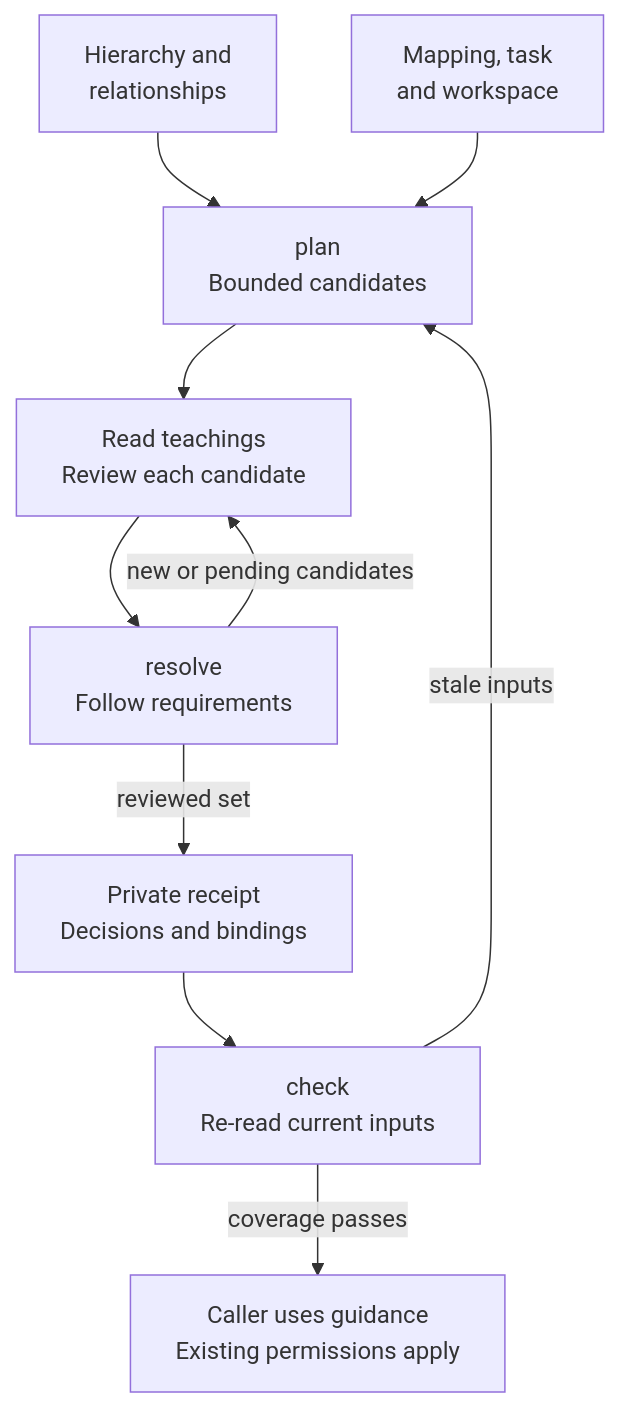
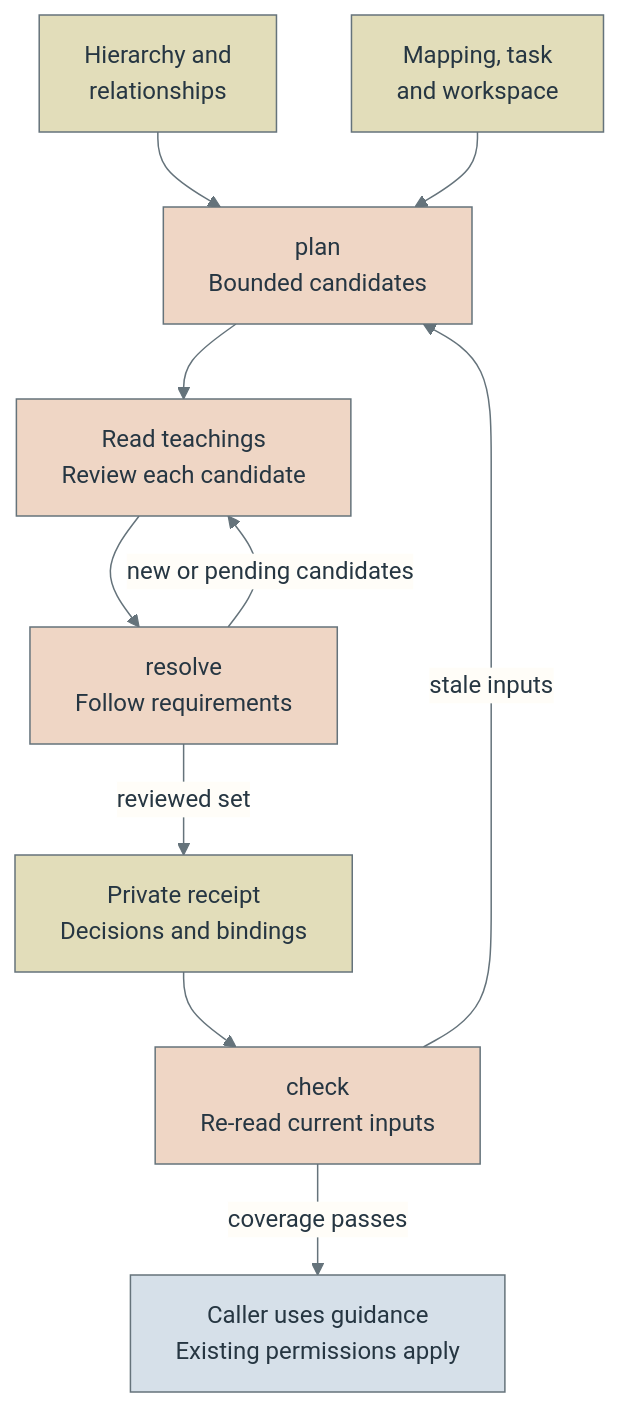
The diagram in docs/context.md (astrivant/identity), drawn with Mermaid before and after one commit. The commit also changed 14 other files, not shown here.

Commit message:
Align architecture diagram colors with the Identity logo

````diff
--- a/docs/context.md
+++ b/docs/context.md
@@ -19,12 +19,35 @@
 ```mermaid
+---
+config:
+  theme: base
+  look: classic
+  themeVariables:
+    background: '#fffdf8'
+    primaryColor: '#d6e0e9'
+    primaryTextColor: '#263642'
+    primaryBorderColor: '#65737b'
+    secondaryColor: '#efd6c5'
+    tertiaryColor: '#f5f1e7'
+    tertiaryTextColor: '#263642'
+    tertiaryBorderColor: '#8b846d'
+    lineColor: '#65737b'
+    textColor: '#263642'
+    clusterBkg: '#f5f1e7'
+    clusterBorder: '#8b846d'
+    edgeLabelBackground: '#fffdf8'
+---
 flowchart TB
     hierarchy["Hierarchy and<br/>relationships"] --> plan
     task["Mapping, task<br/>and workspace"] --> plan["plan<br/>Bounded candidates"]
     plan --> review["Read teachings<br/>Review each candidate"]
     review --> resolve["resolve<br/>Follow requirements"]
     resolve -->|new or pending candidates| review
     resolve -->|reviewed set| receipt["Private receipt<br/>Decisions and bindings"]
     receipt --> check["check<br/>Re-read current inputs"]
     check -->|stale inputs| plan
     check -->|coverage passes| use["Caller uses guidance<br/>Existing permissions apply"]
+    classDef olive fill:#e2ddba,stroke:#65737b,color:#263642
+    class hierarchy,task,receipt olive
+    classDef copper fill:#efd6c5,stroke:#65737b,color:#263642
+    class plan,review,resolve,check copper
 ```
````
